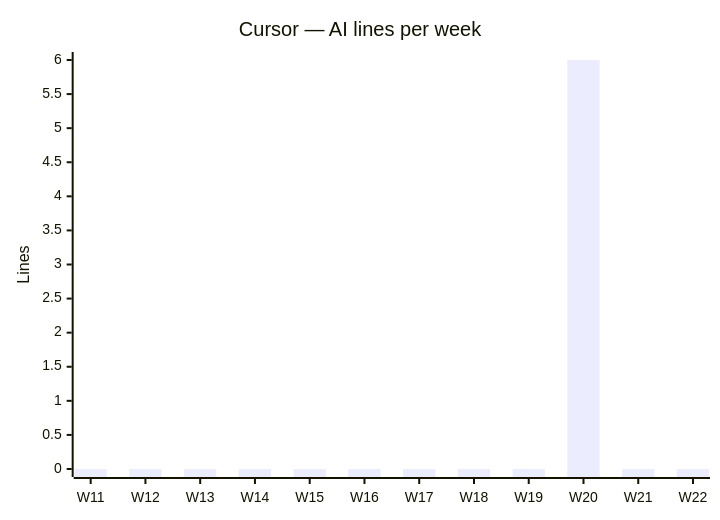
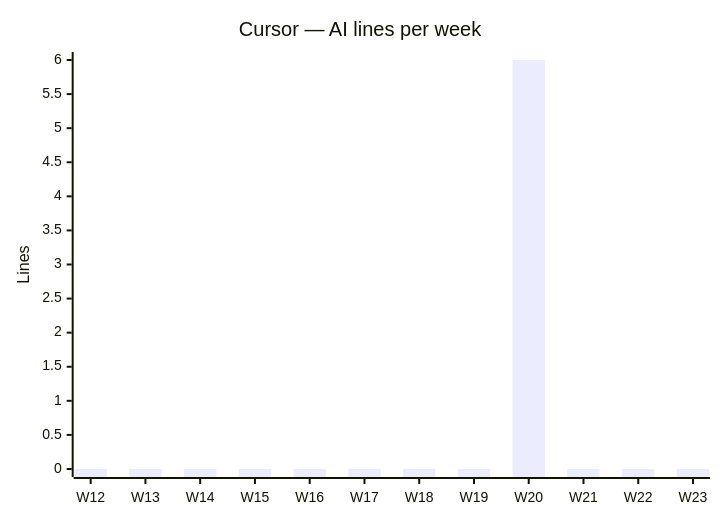
One commit to fromwaydowntown/ai-use changed the fourth of 4 diagrams in docs/AI_USAGE.md. Above: the diagram before and after it, drawn with Mermaid. The commit also changed other lines of this file, not shown here.

````diff
--- a/docs/AI_USAGE.md
+++ b/docs/AI_USAGE.md
@@ -49,7 +49,7 @@
 ```mermaid
 xychart-beta
     title "Cursor — AI lines per week"
-    x-axis ["W11", "W12", "W13", "W14", "W15", "W16", "W17", "W18", "W19", "W20", "W21", "W22"]
+    x-axis ["W12", "W13", "W14", "W15", "W16", "W17", "W18", "W19", "W20", "W21", "W22", "W23"]
     y-axis "Lines"
-    bar [0, 0, 0, 0, 0, 0, 0, 0, 0, 6, 0, 0]
+    bar [0, 0, 0, 0, 0, 0, 0, 0, 6, 0, 0, 0]
 ```
````
